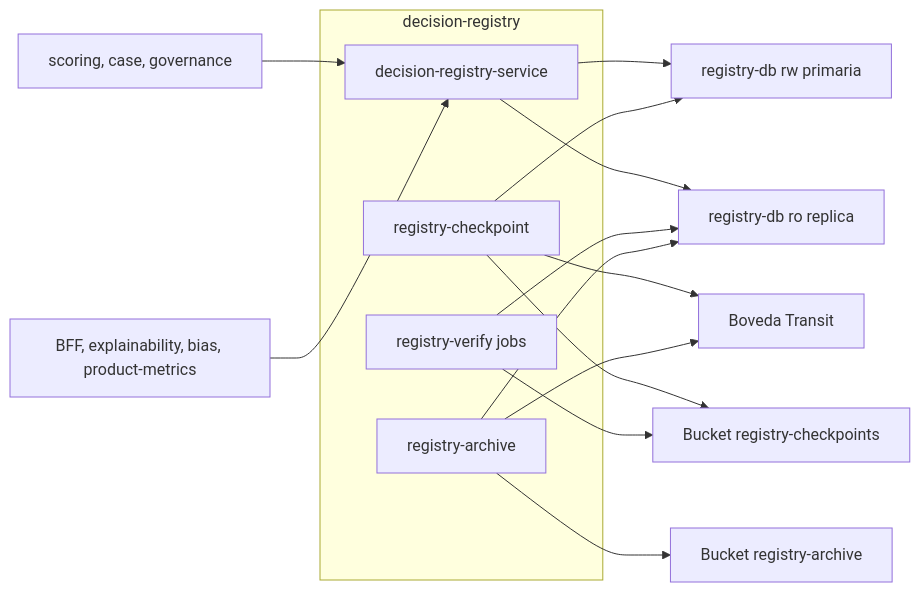
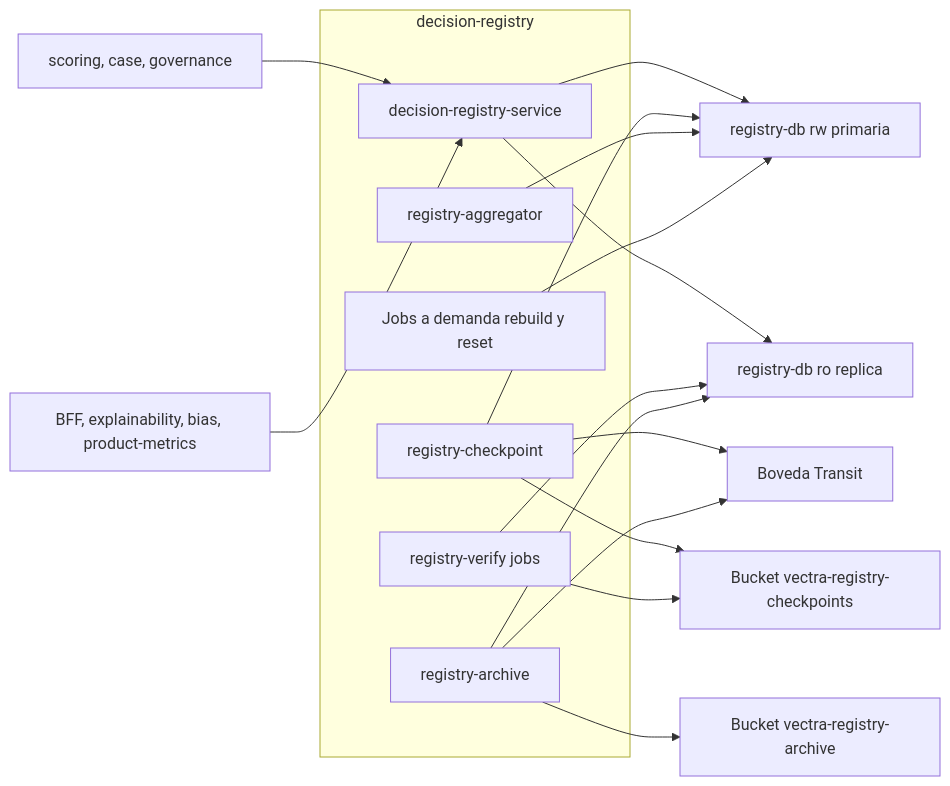
The diagram in vectra-risk/aidlc-docs/construction/decision-registry/nfr-design/logical-components.md (jjlloobb/topicos-especiales-credito-de-vivienda), drawn with Mermaid before and after one commit. The commit also changed other lines of this file and 96 other files, not shown here.

````diff
--- a/vectra-risk/aidlc-docs/construction/decision-registry/nfr-design/logical-components.md
+++ b/vectra-risk/aidlc-docs/construction/decision-registry/nfr-design/logical-components.md
@@ -26,29 +29,33 @@
 ```mermaid
 flowchart LR
     callers["scoring, case, governance"]
     readers["BFF, explainability, bias, product-metrics"]
     subgraph registry["decision-registry"]
         api["decision-registry-service"]
         ckpt["registry-checkpoint"]
         verify["registry-verify jobs"]
         archive["registry-archive"]
+        agg["registry-aggregator"]
+        rebuild["Jobs a demanda rebuild y reset"]
     end
     rw["registry-db rw primaria"]
     ro["registry-db ro replica"]
     vault["Boveda Transit"]
-    wormC["Bucket registry-checkpoints"]
-    wormA["Bucket registry-archive"]
+    wormC["Bucket vectra-registry-checkpoints"]
+    wormA["Bucket vectra-registry-archive"]
 
     callers --> api
     readers --> api
     api --> rw
     api --> ro
     ckpt --> rw
     ckpt --> vault
     ckpt --> wormC
     verify --> ro
     verify --> wormC
     archive --> ro
     archive --> vault
     archive --> wormA
+    agg --> rw
+    rebuild --> rw
 ```
````
